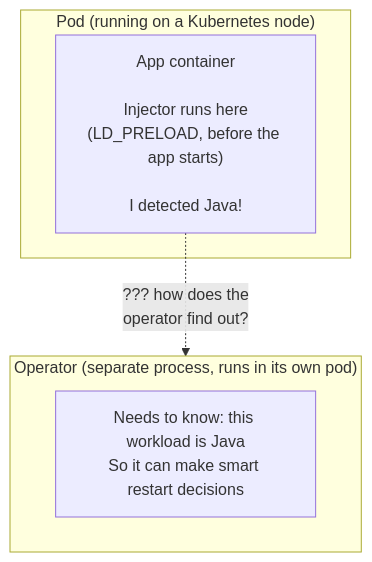
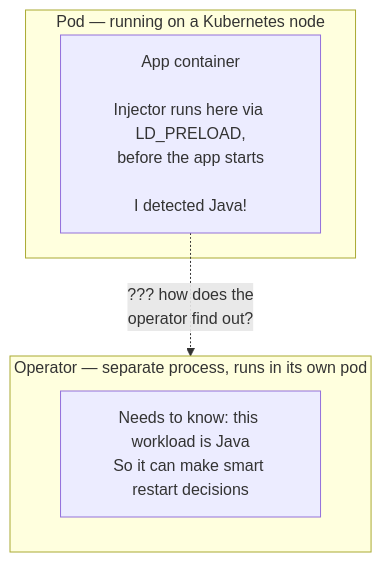
One commit to zeitlinger/opentelemetry-operator changed the first of 3 diagrams in hackathon/status-sidecar.md. Above: the diagram before and after it, drawn with Mermaid. The commit also changed other lines of this file, not shown here.

Commit message:
Fix mermaid: remove parentheses that break node rendering

````diff
--- a/hackathon/status-sidecar.md
+++ b/hackathon/status-sidecar.md
@@ -16,12 +16,12 @@
 ```mermaid
 graph TD
-    subgraph Pod["Pod (running on a Kubernetes node)"]
-        App["App container<br/><br/>Injector runs here<br/>(LD_PRELOAD, before the app starts)<br/><br/>I detected Java!"]
+    subgraph Pod["Pod — running on a Kubernetes node"]
+        App["App container<br/><br/>Injector runs here via LD_PRELOAD,<br/>before the app starts<br/><br/>I detected Java!"]
     end
 
     App -. "??? how does the<br/>operator find out?" .-> Operator
 
-    subgraph Operator["Operator (separate process, runs in its own pod)"]
+    subgraph Operator["Operator — separate process, runs in its own pod"]
         Need["Needs to know: this workload is Java<br/>So it can make smart restart decisions"]
     end
 ```
````
